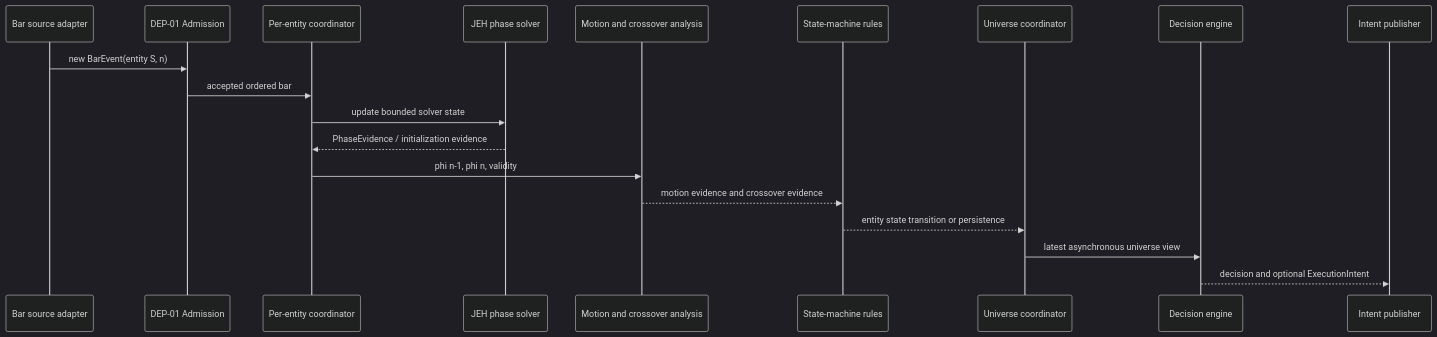
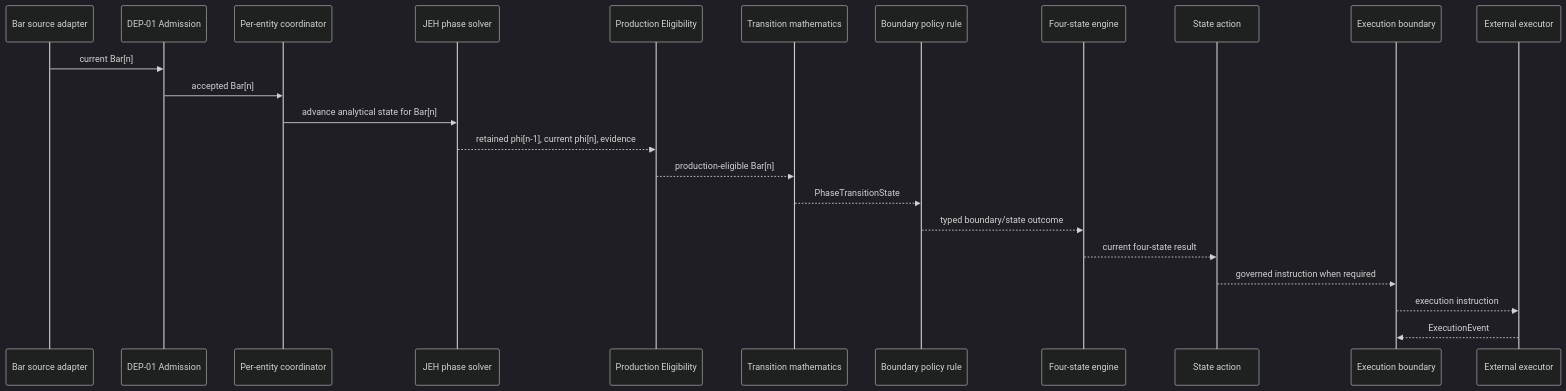
Before and after one commit to srao977/tramuthus: the third of 10 diagrams in DSE_JEH/docs/DSE_JEH_TRANS_SAT_1_SYSTEM_DESIGN_V0_1_091226.md, drawn with Mermaid (dark theme). The commit also changed other lines of this file and 31 other files, not shown here.

````diff
--- a/DSE_JEH/docs/DSE_JEH_TRANS_SAT_1_SYSTEM_DESIGN_V0_1_091226.md
+++ b/DSE_JEH/docs/DSE_JEH_TRANS_SAT_1_SYSTEM_DESIGN_V0_1_091226.md
@@ -171,21 +190,25 @@
 ```mermaid
 sequenceDiagram
   participant SRC as Bar source adapter
   participant ADM as DEP-01 Admission
   participant ENT as Per-entity coordinator
   participant SOL as JEH phase solver
-  participant ANA as Motion and crossover analysis
-  participant SM as State-machine rules
-  participant UNI as Universe coordinator
-  participant DEC as Decision engine
-  participant PUB as Intent publisher
-  SRC->>ADM: new BarEvent(entity S, n)
-  ADM->>ENT: accepted ordered bar
-  ENT->>SOL: update bounded solver state
-  SOL-->>ENT: PhaseEvidence / initialization evidence
-  ENT->>ANA: phi n-1, phi n, validity
-  ANA-->>SM: motion evidence and crossover evidence
-  SM-->>UNI: entity state transition or persistence
-  UNI->>DEC: latest asynchronous universe view
-  DEC-->>PUB: decision and optional ExecutionIntent
+  participant ELG as Production Eligibility
+  participant MATH as Transition mathematics
+  participant RULE as Boundary policy rule
+  participant ENG as Four-state engine
+  participant ACT as State action
+  participant OUT as Execution boundary
+  participant EXE as External executor
+  SRC->>ADM: current Bar[n]
+  ADM->>ENT: accepted Bar[n]
+  ENT->>SOL: advance analytical state for Bar[n]
+  SOL-->>ELG: retained phi[n-1], current phi[n], evidence
+  ELG-->>MATH: production-eligible Bar[n]
+  MATH-->>RULE: PhaseTransitionState
+  RULE-->>ENG: typed boundary/state outcome
+  ENG-->>ACT: current four-state result
+  ACT-->>OUT: governed instruction when required
+  OUT-->>EXE: execution instruction
+  EXE-->>OUT: ExecutionEvent
 ```
````
